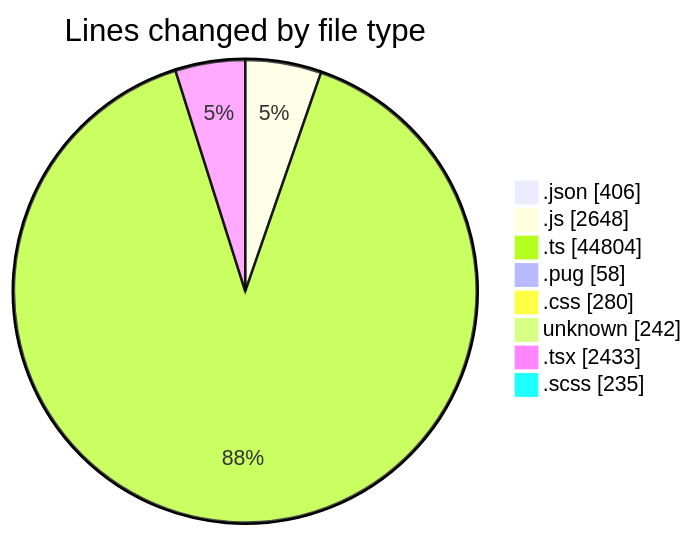
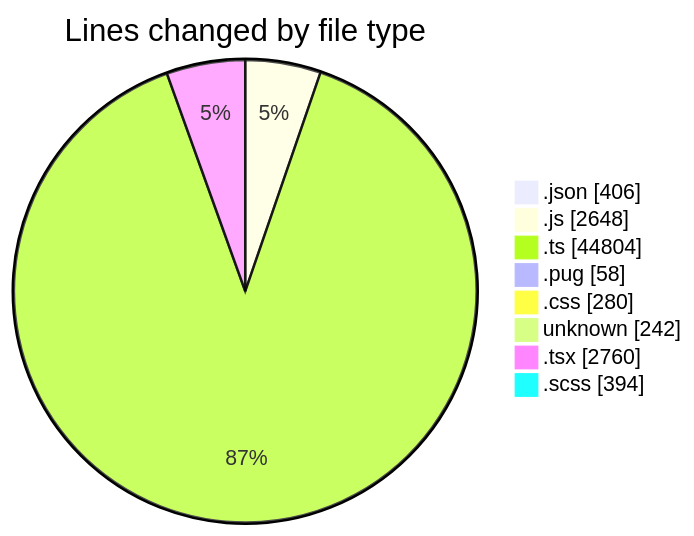
Before and after one commit to momahboobian/code-tracking: the first of 2 diagrams in 2026-06-02/cda/README.md, drawn with Mermaid. The commit also changed other lines of this file and 1 other file, not shown here.

````diff
--- a/2026-06-02/cda/README.md
+++ b/2026-06-02/cda/README.md
@@ -69,12 +69,12 @@
 ```mermaid
 pie showData
 title Lines changed by file type
 ".json" : 406
 ".js" : 2648
 ".ts" : 44804
 ".pug" : 58
 ".css" : 280
 "unknown" : 242
-".tsx" : 2433
-".scss" : 235
+".tsx" : 2760
+".scss" : 394
 ```
````
